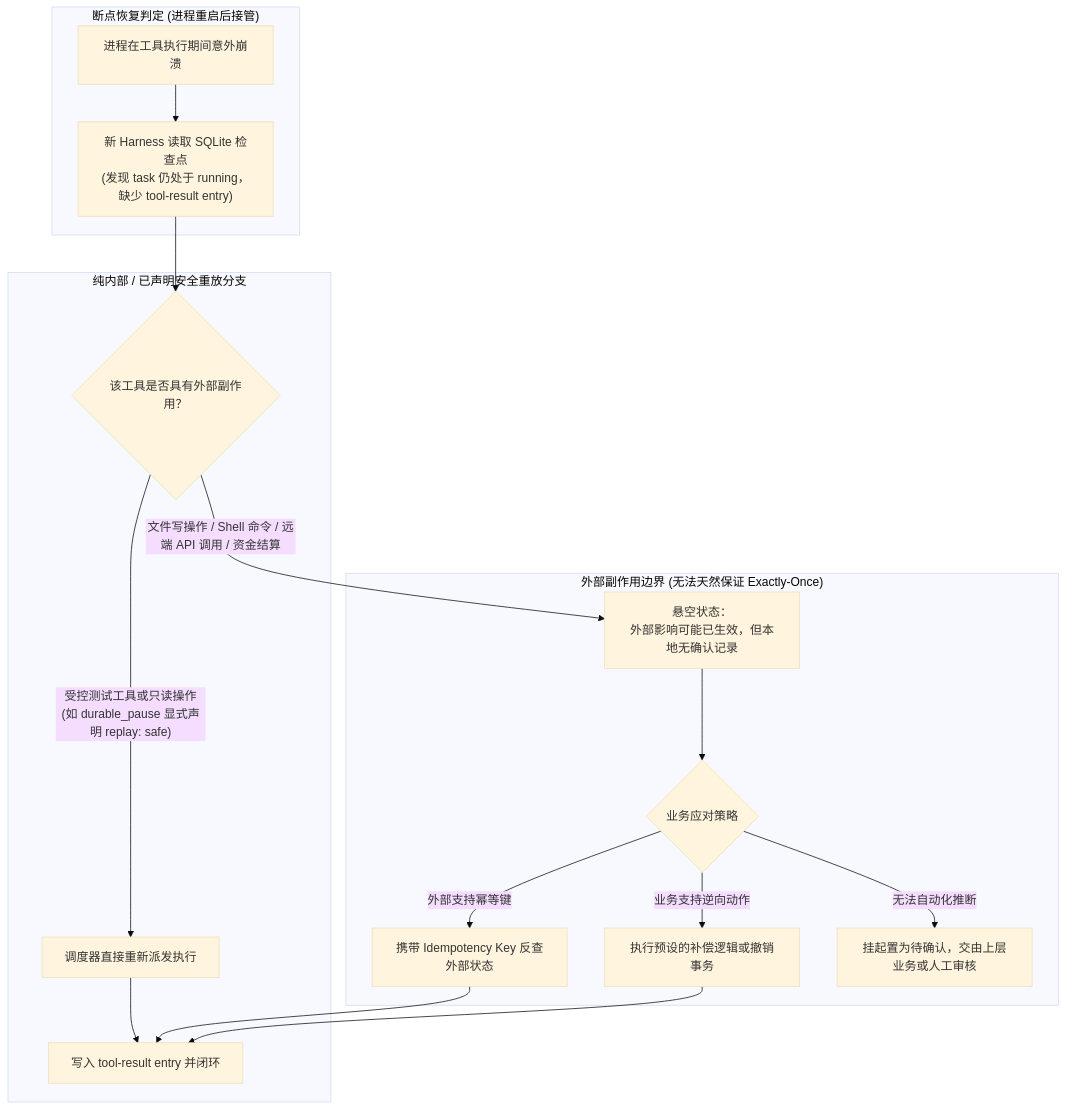
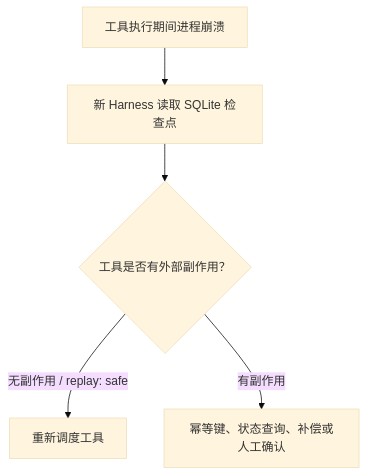
One commit to huruizhi/huruizhi.github.io changed the third of 3 diagrams in _posts/2026-10-31-pi-durable-task-recovery.md. Above: the diagram before and after it, drawn with Mermaid (base theme). The commit also changed other lines of this file, not shown here.

Commit message:
Refine Pi Durable recovery diagrams

````diff
--- a/_posts/2026-10-31-pi-durable-task-recovery.md
+++ b/_posts/2026-10-31-pi-durable-task-recovery.md
@@ -214,23 +181,7 @@
 ```mermaid
 flowchart TD
-    subgraph InterruptPoint["断点恢复判定 (进程重启后接管)"]
-        Crash["进程在工具执行期间意外崩溃"] --> Inspect["新 Harness 读取 SQLite 检查点<br/>(发现 task 仍处于 running，缺少 tool-result entry)"]
-    end
-
-    Inspect --> Judge{"该工具是否具有外部副作用？"}
-
-    subgraph SafePath["纯内部 / 已声明安全重放分支"]
-        Judge -->|"受控测试工具或只读操作<br/>(如 durable_pause 显式声明 replay: safe)"| Replay["调度器直接重新派发执行"]
-        Replay --> CommitDone["写入 tool-result entry 并闭环"]
-    end
-
-    subgraph SideEffectPath["外部副作用边界 (无法天然保证 Exactly-Once)"]
-        Judge -->|"文件写操作 / Shell 命令 / 远端 API 调用 / 资金结算"| Unknown["悬空状态：<br/>外部影响可能已生效，但本地无确认记录"]
-        Unknown --> Strategy{"业务应对策略"}
-        Strategy -->|"外部支持幂等键"| QueryState["携带 Idempotency Key 反查外部状态"]
-        Strategy -->|"业务支持逆向动作"| Compensate["执行预设的补偿逻辑或撤销事务"]
-        Strategy -->|"无法自动化推断"| Manual["挂起置为待确认，交由上层业务或人工审核"]
-        QueryState --> CommitDone
-        Compensate --> CommitDone
-    end
+    Crash["工具执行期间进程崩溃"] --> Inspect["新 Harness 读取 SQLite 检查点"]
+    Inspect --> Judge{"工具是否有外部副作用？"}
+    Judge -->|"无副作用 / replay: safe"| Replay["重新调度工具"]
+    Judge -->|"有副作用"| Strategy["幂等键、状态查询、补偿或人工确认"]
 ```
````
